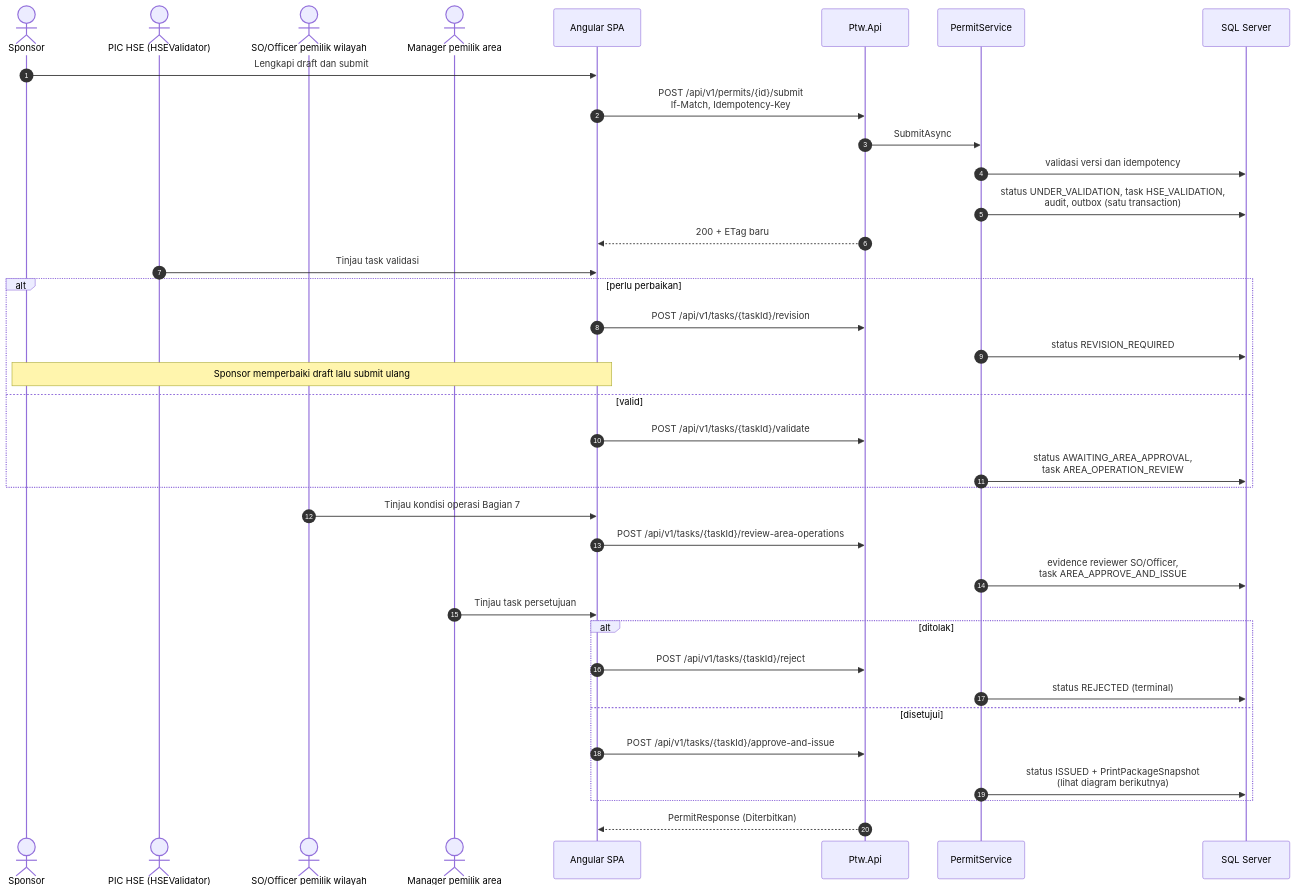
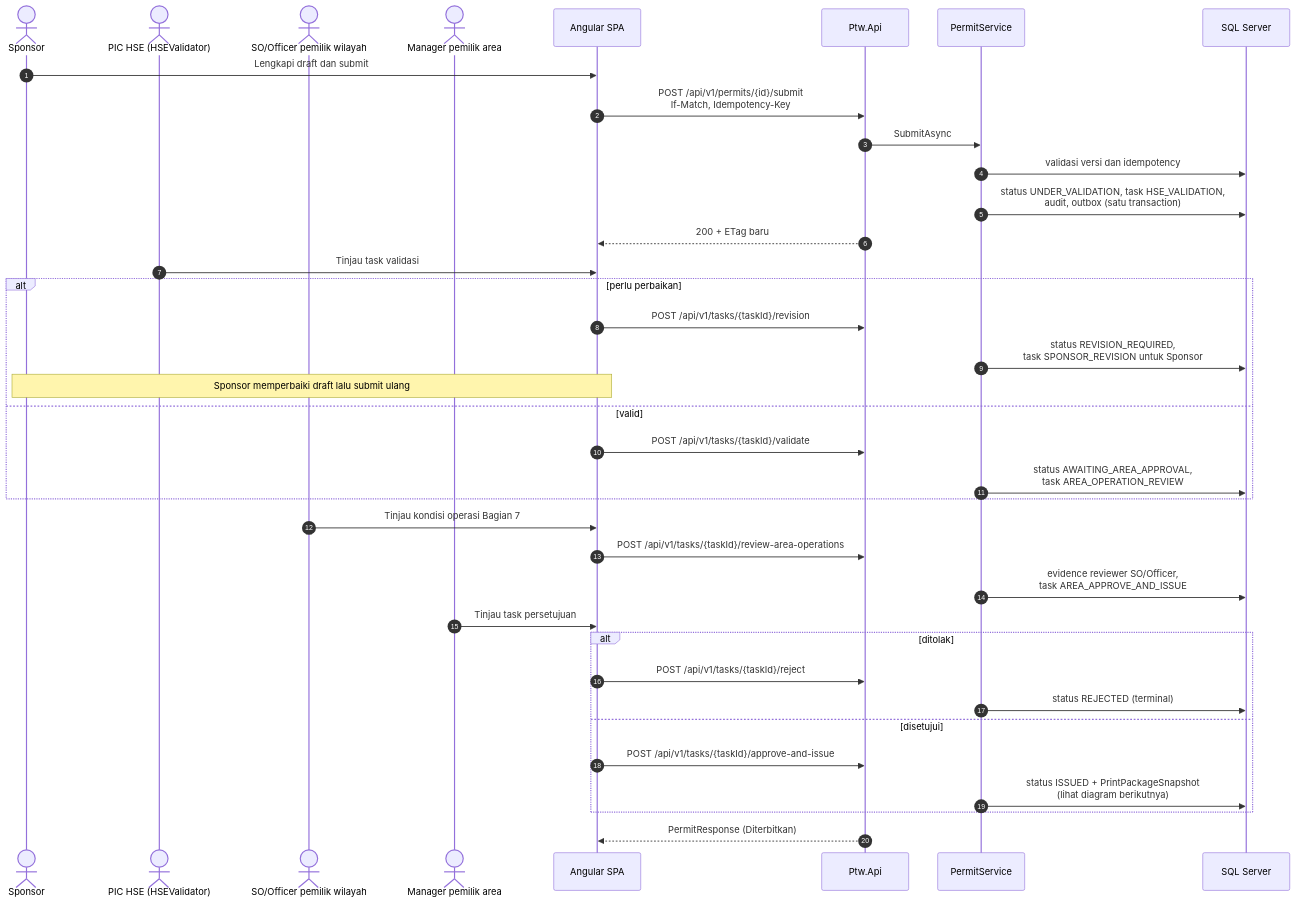
Before and after one commit to NusantaraRegas/ptw-online: the fourth of 5 diagrams in README.md, drawn with Mermaid. The commit also changed other lines of this file and 34 other files, not shown here.

````diff
--- a/README.md
+++ b/README.md
@@ -190,43 +192,43 @@
 ```mermaid
 sequenceDiagram
   autonumber
   actor Sponsor
   actor HSE as PIC HSE (HSEValidator)
   actor SO as SO/Officer pemilik wilayah
   actor Mgr as Manager pemilik area
   participant SPA as Angular SPA
   participant API as Ptw.Api
   participant SVC as PermitService
   participant DB as SQL Server
 
   Sponsor->>SPA: Lengkapi draft dan submit
   SPA->>API: POST /api/v1/permits/{id}/submit<br/>If-Match, Idempotency-Key
   API->>SVC: SubmitAsync
   SVC->>DB: validasi versi dan idempotency
   SVC->>DB: status UNDER_VALIDATION, task HSE_VALIDATION,<br/>audit, outbox (satu transaction)
   API-->>SPA: 200 + ETag baru
 
   HSE->>SPA: Tinjau task validasi
   alt perlu perbaikan
     SPA->>API: POST /api/v1/tasks/{taskId}/revision
-    SVC->>DB: status REVISION_REQUIRED
+    SVC->>DB: status REVISION_REQUIRED,<br/>task SPONSOR_REVISION untuk Sponsor
     Note over Sponsor,SPA: Sponsor memperbaiki draft lalu submit ulang
   else valid
     SPA->>API: POST /api/v1/tasks/{taskId}/validate
     SVC->>DB: status AWAITING_AREA_APPROVAL,<br/>task AREA_OPERATION_REVIEW
   end
 
   SO->>SPA: Tinjau kondisi operasi Bagian 7
   SPA->>API: POST /api/v1/tasks/{taskId}/review-area-operations
   SVC->>DB: evidence reviewer SO/Officer,<br/>task AREA_APPROVE_AND_ISSUE
 
   Mgr->>SPA: Tinjau task persetujuan
   alt ditolak
     SPA->>API: POST /api/v1/tasks/{taskId}/reject
     SVC->>DB: status REJECTED (terminal)
   else disetujui
     SPA->>API: POST /api/v1/tasks/{taskId}/approve-and-issue
     SVC->>DB: status ISSUED + PrintPackageSnapshot<br/>(lihat diagram berikutnya)
   end
   API-->>SPA: PermitResponse (Diterbitkan)
 ```
````
